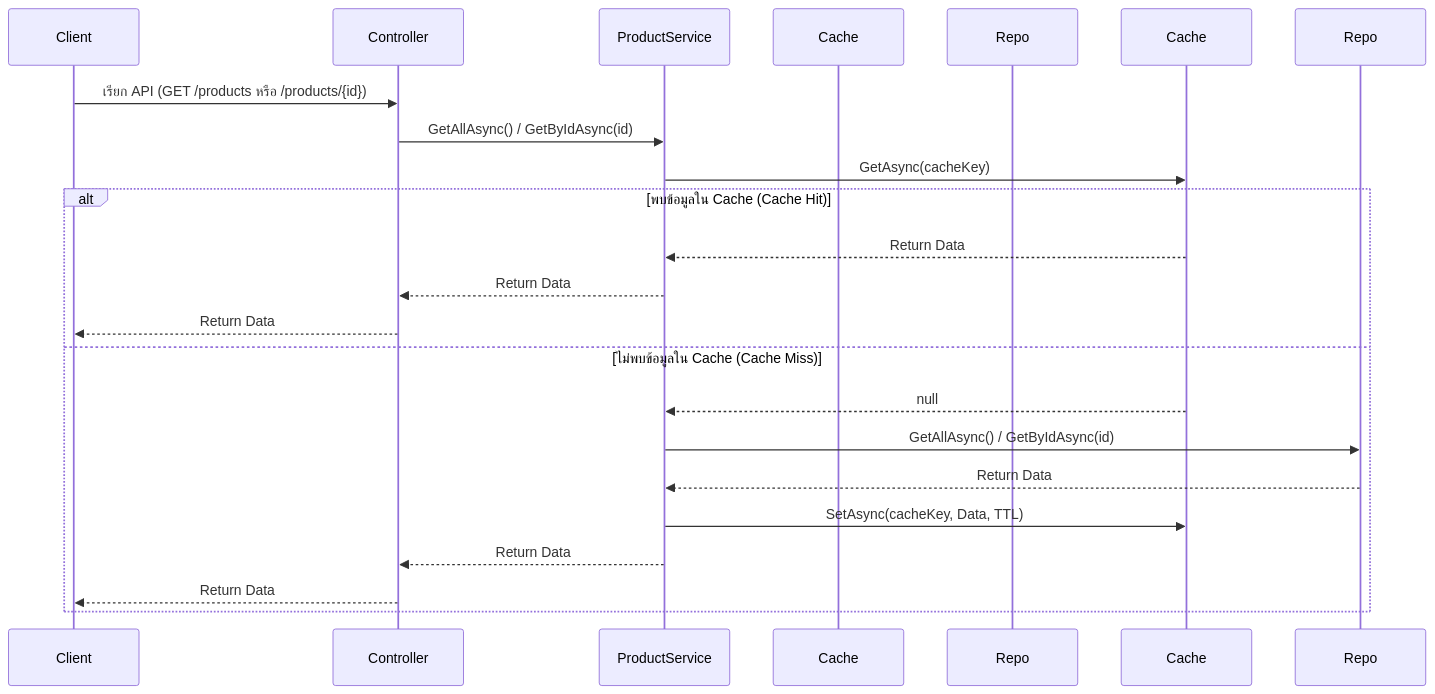
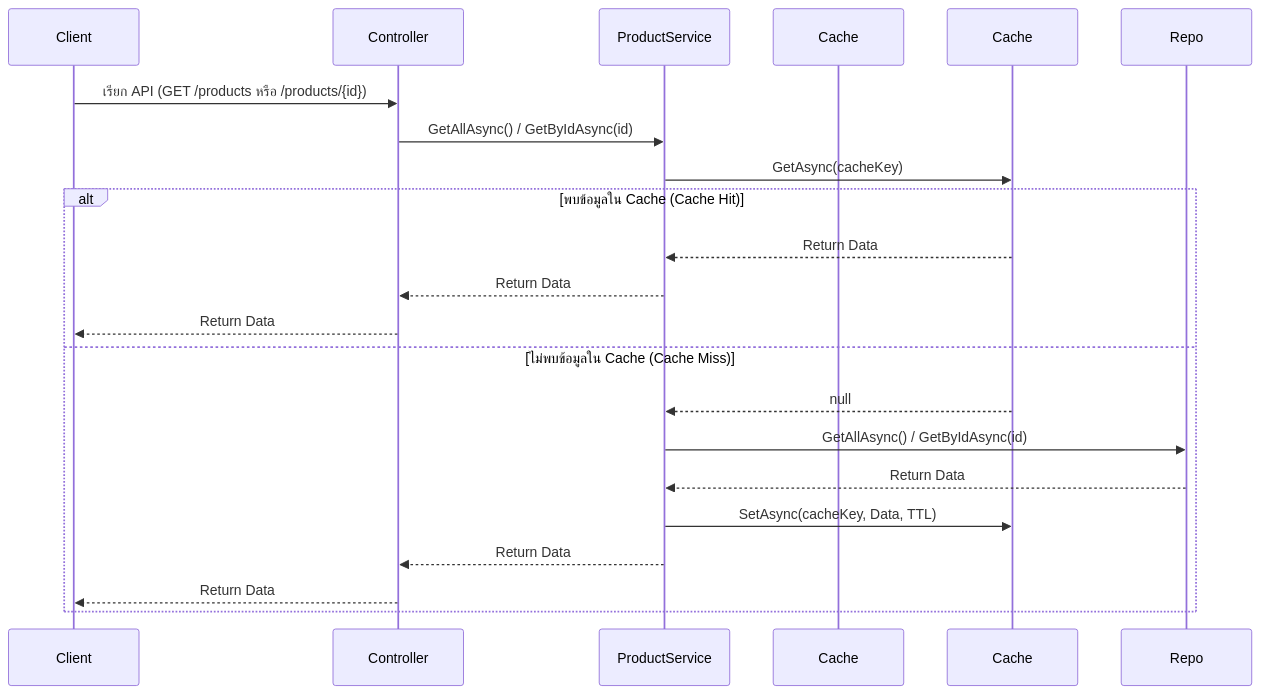
One commit to nuchit2019/ProductAPI_Redis_Serilog_Seq changed the first of 3 diagrams in README.md. Above: the diagram before and after it, drawn with Mermaid.

````diff
--- a/README.md
+++ b/README.md
@@ -331,27 +331,25 @@
 ```mermaid
 sequenceDiagram
   participant Client as Client
   participant Controller as Controller
   participant ProductService as ProductService
   participant RedisCacheService as Cache
-  participant ProductRepository as Repo
   participant Cache as Cache
   participant Repo as Repo
 
   Client ->> Controller: เรียก API (GET /products หรือ /products/{id})
   Controller ->> ProductService: GetAllAsync() / GetByIdAsync(id)
   ProductService ->> Cache: GetAsync(cacheKey)
   alt พบข้อมูลใน Cache (Cache Hit)
     Cache -->> ProductService: Return Data
     ProductService -->> Controller: Return Data
     Controller -->> Client: Return Data
   else ไม่พบข้อมูลใน Cache (Cache Miss)
     Cache -->> ProductService: null
     ProductService ->> Repo: GetAllAsync() / GetByIdAsync(id)
     Repo -->> ProductService: Return Data
     ProductService ->> Cache: SetAsync(cacheKey, Data, TTL)
     ProductService -->> Controller: Return Data
     Controller -->> Client: Return Data
   end
-
 ```
````
